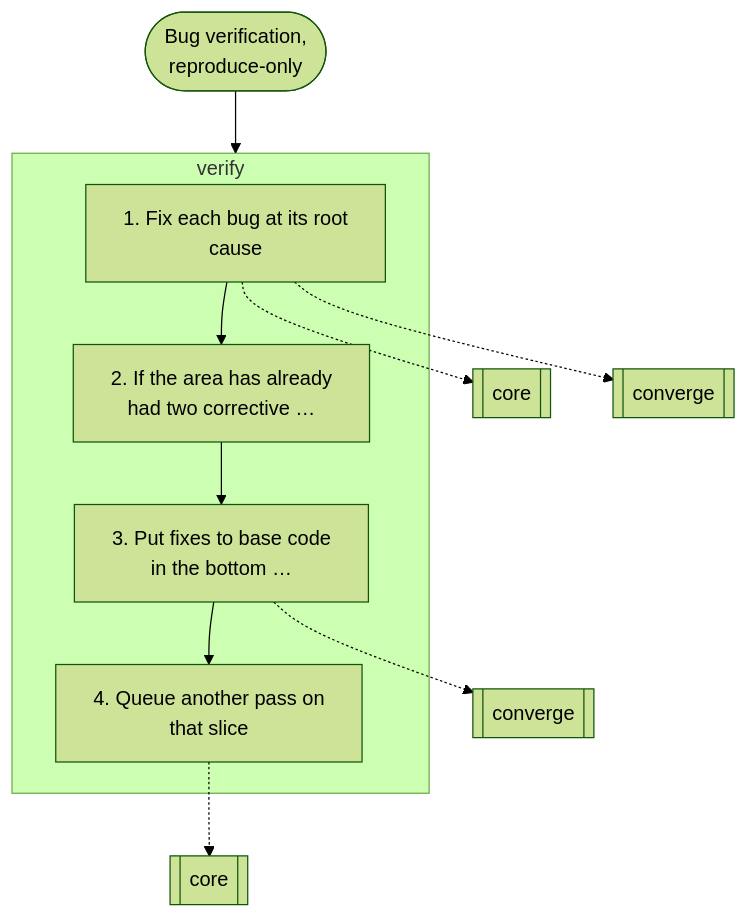
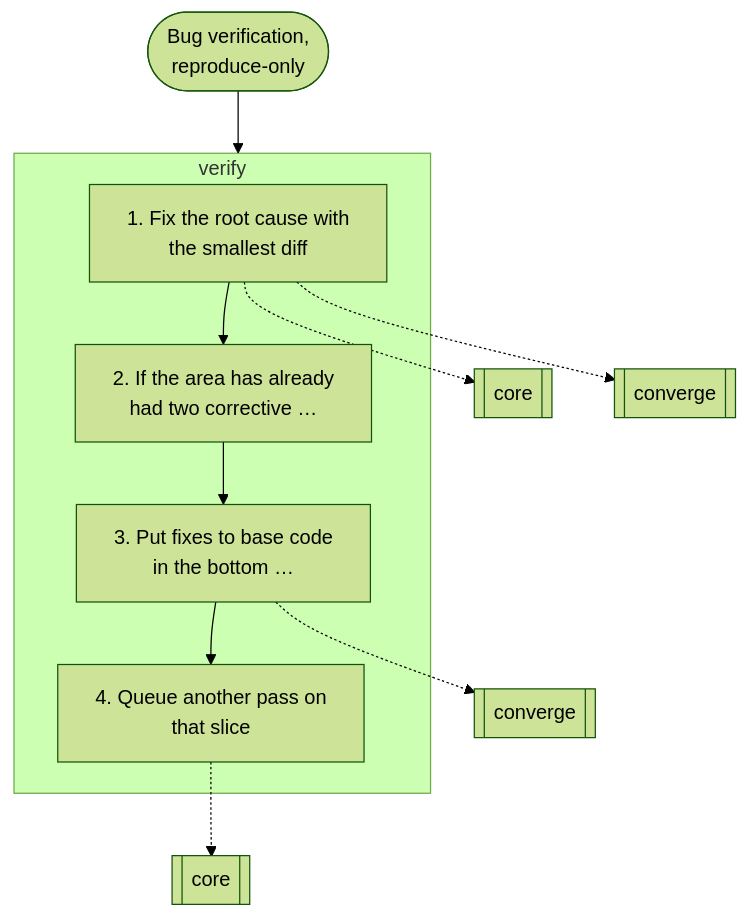
Before and after one commit to nitedani/mergeworthy: diagram 11 of 17 in docs/graphs.md, drawn with Mermaid (forest theme). The commit also changed other lines of this file and 19 other files, not shown here.

````diff
--- a/docs/graphs.md
+++ b/docs/graphs.md
@@ -331,18 +335,18 @@
 ```mermaid
 flowchart TB
   start(["Bug verification,<br/>reproduce-only"])
   subgraph g0["verify"]
-    s0["1. Fix each bug at its root<br/>cause"]
+    s0["1. Fix the root cause with<br/>the smallest diff"]
     s1["2. If the area has already<br/>had two corrective …"]
     s0 --> s1
     s2["3. Put fixes to base code<br/>in the bottom …"]
     s1 --> s2
     s3["4. Queue another pass on<br/>that slice"]
     s2 --> s3
   end
   s0 -.-> r1[["core"]]
   s0 -.-> r2[["converge"]]
   s2 -.-> r3[["converge"]]
   s3 -.-> r4[["core"]]
   start --> g0
 ```
````
